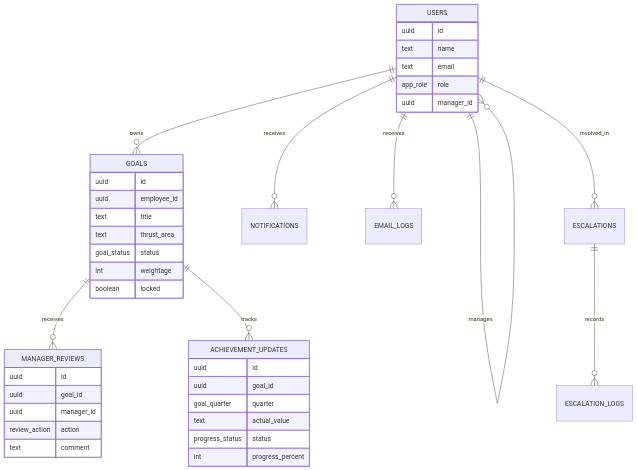
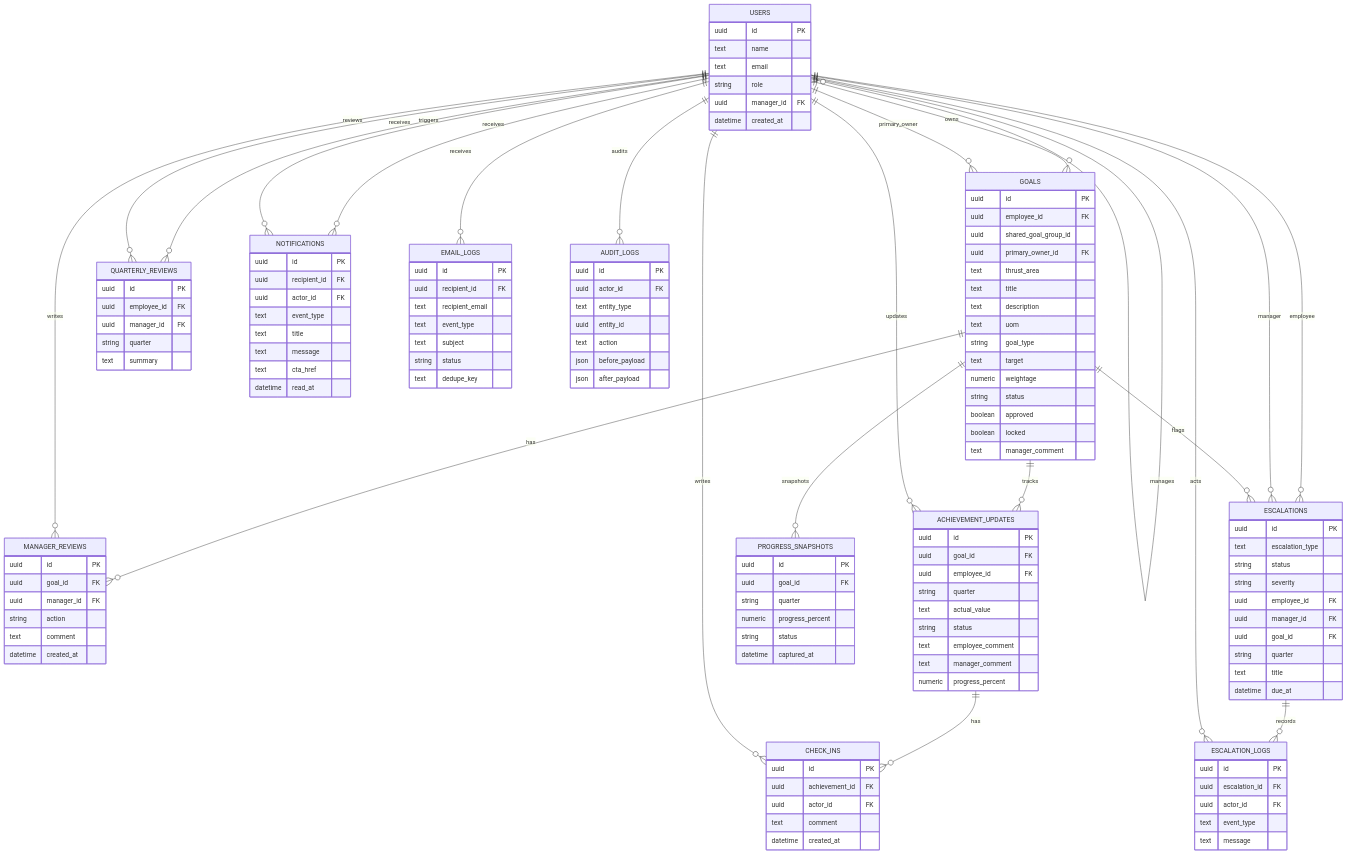
The third of 3 diagrams in README.md (priyanshjain117/In-House-Goal-Setting-and-Tracking-Portal), drawn with Mermaid before and after one commit. The commit also changed other lines of this file, not shown here.

Commit message:
readme file update with better arch and diagram

````diff
--- a/README.md
+++ b/README.md
@@ -179,46 +187,149 @@
 ```mermaid
 erDiagram
+  USERS ||--o{ USERS : manages
   USERS ||--o{ GOALS : owns
-  USERS ||--o{ USERS : manages
-  GOALS ||--o{ MANAGER_REVIEWS : receives
+  USERS ||--o{ GOALS : primary_owner
+  GOALS ||--o{ MANAGER_REVIEWS : has
+  USERS ||--o{ MANAGER_REVIEWS : writes
   GOALS ||--o{ ACHIEVEMENT_UPDATES : tracks
+  USERS ||--o{ ACHIEVEMENT_UPDATES : updates
+  USERS ||--o{ QUARTERLY_REVIEWS : receives
+  USERS ||--o{ QUARTERLY_REVIEWS : reviews
+  ACHIEVEMENT_UPDATES ||--o{ CHECK_INS : has
+  USERS ||--o{ CHECK_INS : writes
+  GOALS ||--o{ PROGRESS_SNAPSHOTS : snapshots
   USERS ||--o{ NOTIFICATIONS : receives
+  USERS ||--o{ NOTIFICATIONS : triggers
   USERS ||--o{ EMAIL_LOGS : receives
-  USERS ||--o{ ESCALATIONS : involved_in
+  USERS ||--o{ ESCALATIONS : employee
+  USERS ||--o{ ESCALATIONS : manager
+  GOALS ||--o{ ESCALATIONS : flags
   ESCALATIONS ||--o{ ESCALATION_LOGS : records
+  USERS ||--o{ ESCALATION_LOGS : acts
+  USERS ||--o{ AUDIT_LOGS : audits
 
   USERS {
-    uuid id
+    uuid id PK
     text name
     text email
-    app_role role
-    uuid manager_id
+    string role
+    uuid manager_id FK
+    datetime created_at
   }
 
   GOALS {
-    uuid id
-    uuid employee_id
+    uuid id PK
+    uuid employee_id FK
+    uuid shared_goal_group_id
+    uuid primary_owner_id FK
+    text thrust_area
     text title
-    text thrust_area
-    goal_status status
-    int weightage
+    text description
+    text uom
+    string goal_type
+    text target
+    numeric weightage
+    string status
+    boolean approved
     boolean locked
+    text manager_comment
   }
 
   MANAGER_REVIEWS {
-    uuid id
-    uuid goal_id
-    uuid manager_id
-    review_action action
+    uuid id PK
+    uuid goal_id FK
+    uuid manager_id FK
+    string action
     text comment
+    datetime created_at
   }
 
   ACHIEVEMENT_UPDATES {
-    uuid id
-    uuid goal_id
-    goal_quarter quarter
+    uuid id PK
+    uuid goal_id FK
+    uuid employee_id FK
+    string quarter
     text actual_value
-    progress_status status
-    int progress_percent
+    string status
+    text employee_comment
+    text manager_comment
+    numeric progress_percent
+  }
+
+  QUARTERLY_REVIEWS {
+    uuid id PK
+    uuid employee_id FK
+    uuid manager_id FK
+    string quarter
+    text summary
+  }
+
+  CHECK_INS {
+    uuid id PK
+    uuid achievement_id FK
+    uuid actor_id FK
+    text comment
+    datetime created_at
+  }
+
+  PROGRESS_SNAPSHOTS {
+    uuid id PK
+    uuid goal_id FK
+    string quarter
+    numeric progress_percent
+    string status
+    datetime captured_at
+  }
+
+  NOTIFICATIONS {
+    uuid id PK
+    uuid recipient_id FK
+    uuid actor_id FK
+    text event_type
+    text title
+    text message
+    text cta_href
+    datetime read_at
+  }
+
+  EMAIL_LOGS {
+    uuid id PK
+    uuid recipient_id FK
+    text recipient_email
+    text event_type
+    text subject
+    string status
+    text dedupe_key
+  }
+
+  ESCALATIONS {
+    uuid id PK
+    text escalation_type
+    string status
+    string severity
+    uuid employee_id FK
+    uuid manager_id FK
+    uuid goal_id FK
+    string quarter
+    text title
+    datetime due_at
+  }
+
+  ESCALATION_LOGS {
+    uuid id PK
+    uuid escalation_id FK
+    uuid actor_id FK
+    text event_type
+    text message
+  }
+
+  AUDIT_LOGS {
+    uuid id PK
+    uuid actor_id FK
+    text entity_type
+    uuid entity_id
+    text action
+    json before_payload
+    json after_payload
   }
 ```
````
